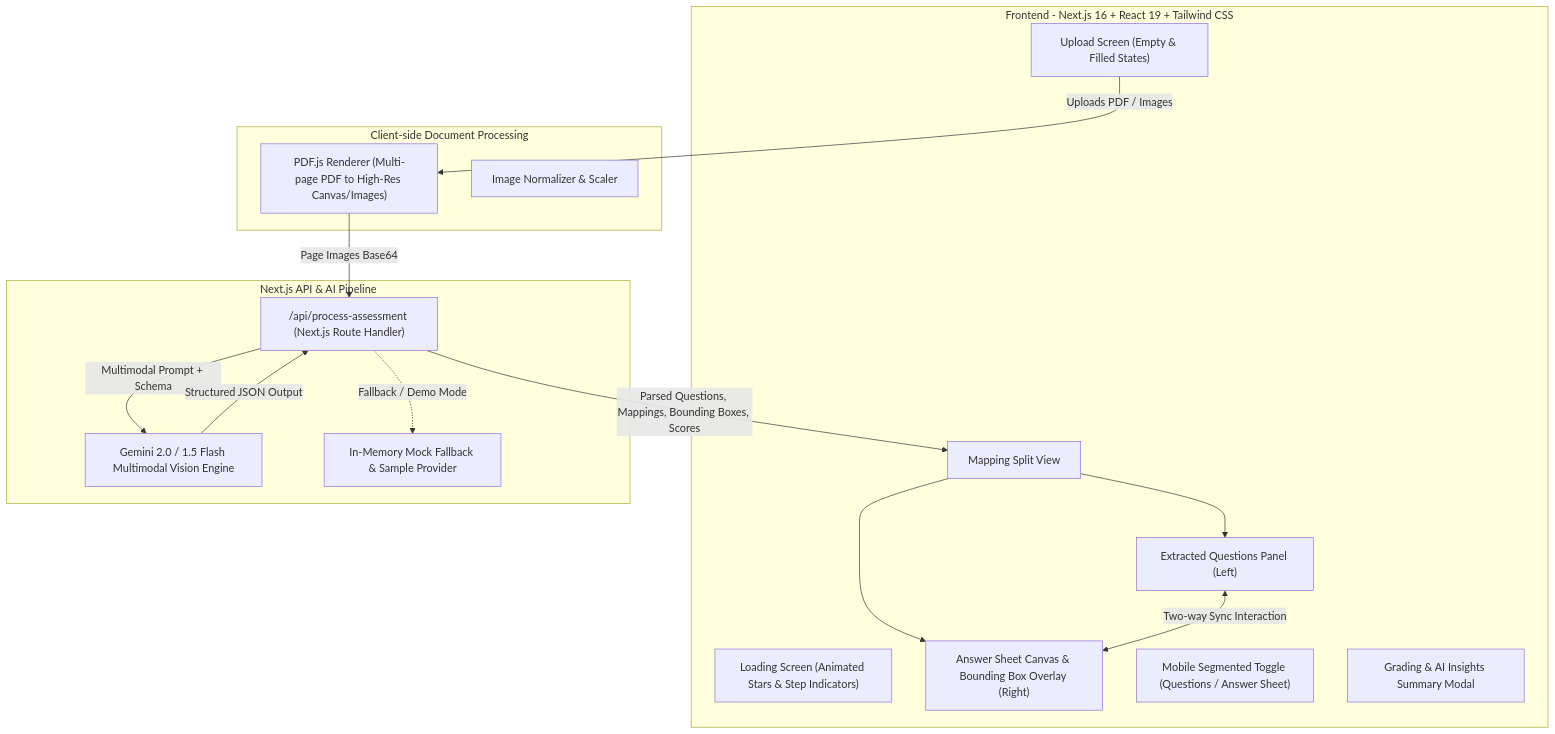
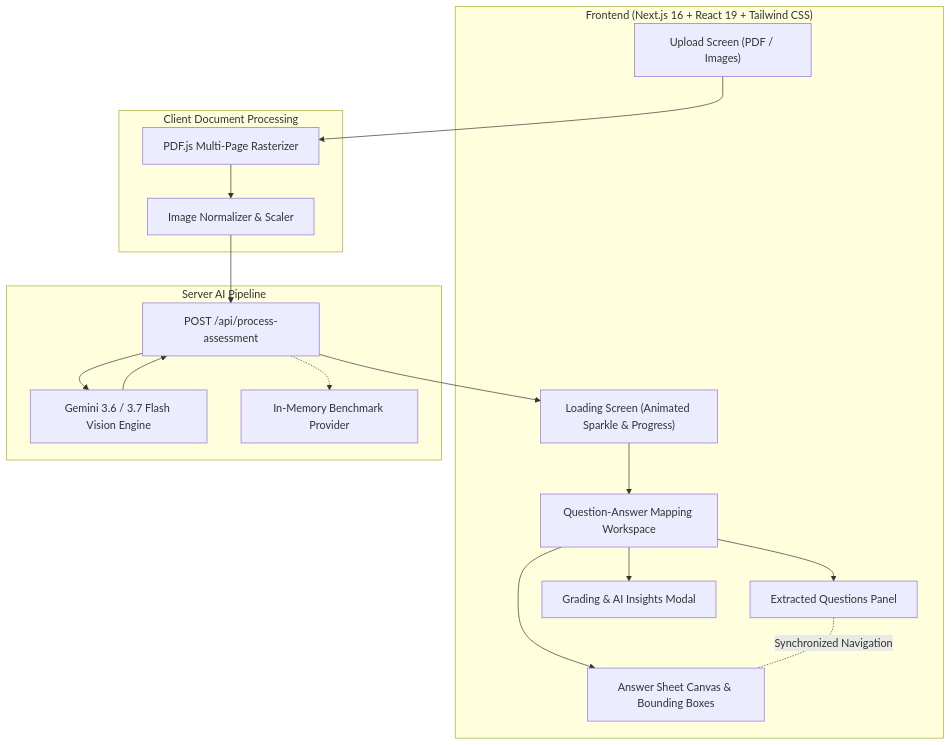
The diagram in PLAN.md (ny1411/veda-ai-asssessment), drawn with Mermaid before and after one commit. The commit also changed other lines of this file and 2 other files, not shown here.

Commit message:
fix(docs): "could not find suitable point for given distance" error for mermaid dagre layout

````diff
--- a/PLAN.md
+++ b/PLAN.md
@@ -32,33 +32,35 @@
 ```mermaid
 flowchart TD
-    subgraph UI_Layer [Frontend - Next.js 16 + React 19 + Tailwind CSS]
-        UploadScreen["Upload Screen (Empty & Filled States)"]
-        LoadingScreen["Loading Screen (Animated Stars & Step Indicators)"]
-        SplitViewer["Mapping Split View"]
-        QuestionsPanel["Extracted Questions Panel (Left)"]
-        AnswerSheetViewer["Answer Sheet Canvas & Bounding Box Overlay (Right)"]
-        MobileToggle["Mobile Segmented Toggle (Questions / Answer Sheet)"]
-        GradingSummary["Grading & AI Insights Summary Modal"]
+    subgraph UI_Layer["Frontend (Next.js 16 + React 19 + Tailwind CSS)"]
+        UploadScreen["Upload Screen (PDF / Images)"]
+        LoadingScreen["Loading Screen (Animated Sparkle & Progress)"]
+        SplitViewer["Question-Answer Mapping Workspace"]
+        QuestionsPanel["Extracted Questions Panel"]
+        AnswerSheetViewer["Answer Sheet Canvas & Bounding Boxes"]
+        GradingSummary["Grading & AI Insights Modal"]
     end
 
-    subgraph Client_Processing [Client-side Document Processing]
-        PDFRenderer["PDF.js Renderer (Multi-page PDF to High-Res Canvas/Images)"]
+    subgraph Client_Processing["Client Document Processing"]
+        PDFRenderer["PDF.js Multi-Page Rasterizer"]
         ImagePreprocessor["Image Normalizer & Scaler"]
     end
 
-    subgraph Server_Layer [Next.js API & AI Pipeline]
-        APIRoute["/api/process-assessment (Next.js Route Handler)"]
-        GeminiVision["Gemini 2.0 / 1.5 Flash Multimodal Vision Engine"]
-        DemoEngine["In-Memory Mock Fallback & Sample Provider"]
+    subgraph Server_Layer["Server AI Pipeline"]
+        APIRoute["POST /api/process-assessment"]
+        GeminiVision["Gemini 3.6 / 3.7 Flash Vision Engine"]
+        DemoEngine["In-Memory Benchmark Provider"]
     end
 
-    UploadScreen -->|Uploads PDF / Images| PDFRenderer
-    PDFRenderer -->|Page Images Base64| APIRoute
-    APIRoute -->|Multimodal Prompt + Schema| GeminiVision
-    APIRoute -.->|Fallback / Demo Mode| DemoEngine
-    GeminiVision -->|Structured JSON Output| APIRoute
-    APIRoute -->|Parsed Questions, Mappings, Bounding Boxes, Scores| SplitViewer
+    UploadScreen --> PDFRenderer
+    PDFRenderer --> ImagePreprocessor
+    ImagePreprocessor --> APIRoute
+    APIRoute --> GeminiVision
+    APIRoute -.-> DemoEngine
+    GeminiVision --> APIRoute
+    APIRoute --> LoadingScreen
+    LoadingScreen --> SplitViewer
     SplitViewer --> QuestionsPanel
     SplitViewer --> AnswerSheetViewer
-    QuestionsPanel <-->|Two-way Sync Interaction| AnswerSheetViewer
+    SplitViewer --> GradingSummary
+    QuestionsPanel -. Synchronized Navigation .- AnswerSheetViewer
 ```
````
